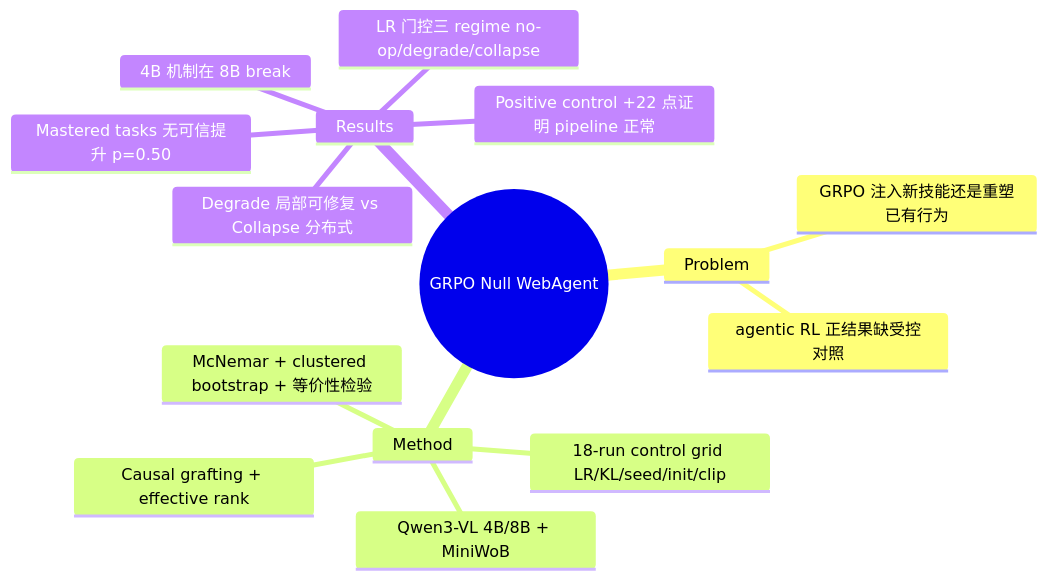
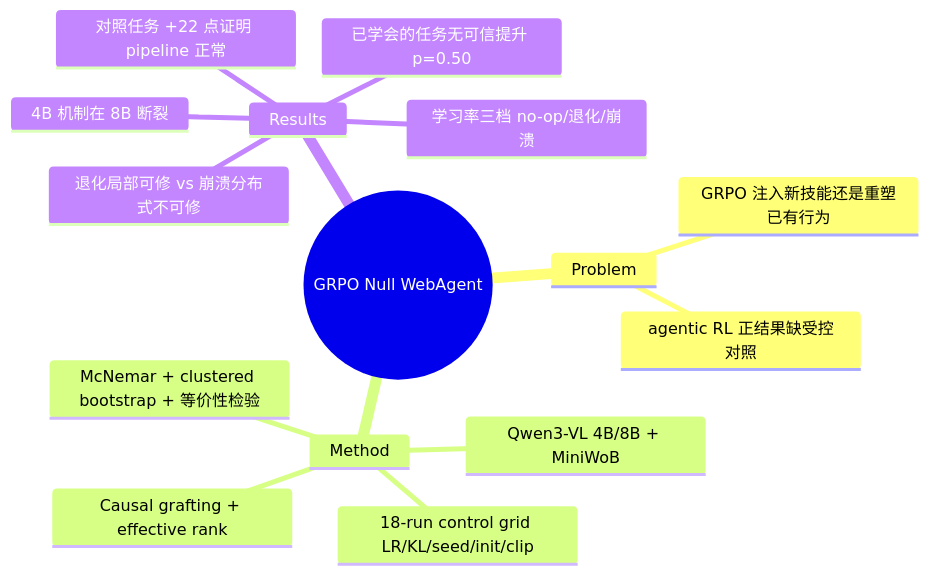
Before and after one commit to Kendrick-Stein/MCISLAB_DeepRead: the diagram in Papers/2607-GRPONullWebAgent.md, drawn with Mermaid. The commit also changed other lines of this file and 41 other files, not shown here.

````diff
--- a/Papers/2607-GRPONullWebAgent.md
+++ b/Papers/2607-GRPONullWebAgent.md
@@ -67,18 +67,18 @@
 ```mermaid
 mindmap
   root((GRPO Null WebAgent))
     Problem
       GRPO 注入新技能还是重塑已有行为
       agentic RL 正结果缺受控对照
     Method
       Qwen3-VL 4B/8B + MiniWoB
       18-run control grid LR/KL/seed/init/clip
       McNemar + clustered bootstrap + 等价性检验
       Causal grafting + effective rank
     Results
-      Mastered tasks 无可信提升 p=0.50
-      LR 门控三 regime no-op/degrade/collapse
-      Positive control +22 点证明 pipeline 正常
-      Degrade 局部可修复 vs Collapse 分布式
-      4B 机制在 8B break
+      已学会的任务无可信提升 p=0.50
+      学习率三档 no-op/退化/崩溃
+      对照任务 +22 点证明 pipeline 正常
+      退化局部可修 vs 崩溃分布式不可修
+      4B 机制在 8B 断裂
 ```
````
